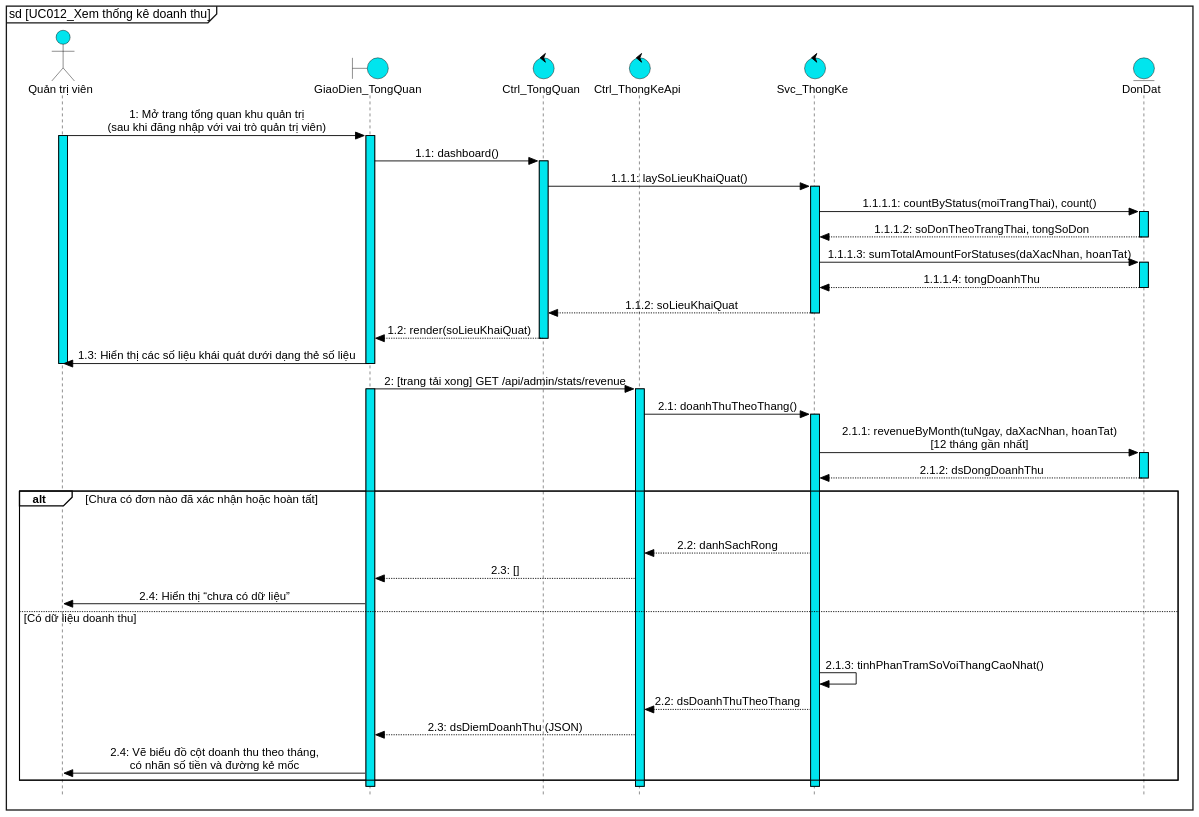
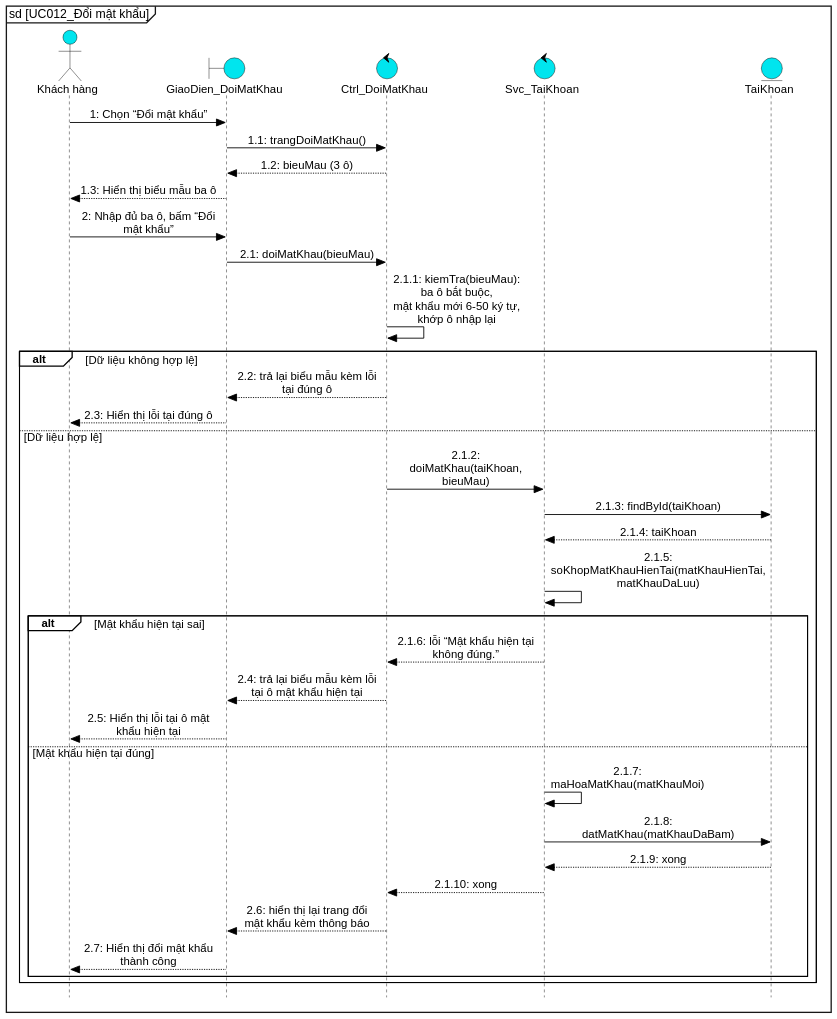
The diagram in docs/report/diagrams/src/UC012_sequence.puml (kanele05/project_www), drawn with PlantUML before and after one commit. The commit also changed 104 other files, not shown here.

First line of the commit message:
Sắp xếp lại use case theo biểu đồ tổng quát: đánh số lại UC001–UC021, gộp quản lý danh mục, cập nhật đặc tả và sơ đồ

```diff
--- a/docs/report/diagrams/src/UC012_sequence.puml
+++ b/docs/report/diagrams/src/UC012_sequence.puml
@@ -1,93 +1,76 @@
 @startuml UC012_sequence
 skinparam dpi 140
 skinparam defaultFontName "Liberation Sans"
 skinparam defaultFontSize 13
 skinparam backgroundColor white
 skinparam shadowing false
 skinparam style strictuml
 hide footbox
-skinparam maxMessageSize 420
+skinparam maxMessageSize 160
 skinparam sequenceMessageAlign center
 skinparam responseMessageBelowArrow false
 skinparam ArrowColor black
-skinparam ParticipantPadding 90
+skinparam ParticipantPadding 12
 skinparam BoxPadding 6
 skinparam sequence {
   ArrowColor black
   LifeLineBorderColor black
   LifeLineBackgroundColor #00E5EE
   ParticipantBackgroundColor #00E5EE
   ParticipantBorderColor black
   ActorBackgroundColor #00E5EE
   ActorBorderColor black
   GroupBorderColor black
   GroupBackgroundColor white
   GroupHeaderFontStyle bold
   GroupFontStyle plain
   GroupBorderThickness 1.2
 }
 skinparam note {
   BackgroundColor transparent
   BorderColor transparent
   FontColor transparent
 }
 skinparam BoundaryBackgroundColor #00E5EE
 skinparam BoundaryBorderColor black
 skinparam ControlBackgroundColor #00E5EE
 skinparam ControlBorderColor black
 skinparam EntityBackgroundColor #00E5EE
 skinparam EntityBorderColor black
 skinparam ActorBackgroundColor #00E5EE
 skinparam ActorBorderColor black
-mainframe sd [UC012_Xem thống kê doanh thu]
-actor "Quản trị viên" as ad
-boundary "GiaoDien_TongQuan" as ui
-control "Ctrl_TongQuan" as ctrl
-control "Ctrl_ThongKeApi" as api
-control "Svc_ThongKe" as svc
-entity "DonDat" as don
-
-ad -> ui : 1: Mở trang tổng quan khu quản trị\n(sau khi đăng nhập với vai trò quản trị viên)
-activate ad #00E5EE
-activate ui #00E5EE
-ui -> ctrl : 1.1: dashboard()
-activate ctrl #00E5EE
-ctrl -> svc : 1.1.1: laySoLieuKhaiQuat()
-activate svc #00E5EE
-svc -> don : 1.1.1.1: countByStatus(moiTrangThai), count()
-activate don #00E5EE
-return 1.1.1.2: soDonTheoTrangThai, tongSoDon
-svc -> don : 1.1.1.3: sumTotalAmountForStatuses(daXacNhan, hoanTat)
-activate don #00E5EE
-return 1.1.1.4: tongDoanhThu
-return 1.1.2: soLieuKhaiQuat
-ctrl --> ui : 1.2: render(soLieuKhaiQuat)
-deactivate ctrl
-ui -> ad : 1.3: Hiển thị các số liệu khái quát dưới dạng thẻ số liệu
-deactivate ui
-deactivate ad
-
-ui -> api : 2: [trang tải xong] GET /api/admin/stats/revenue
-activate ui #00E5EE
-activate api #00E5EE
-api -> svc : 2.1: doanhThuTheoThang()
-activate svc #00E5EE
-svc -> don : 2.1.1: revenueByMonth(tuNgay, daXacNhan, hoanTat)\n[12 tháng gần nhất]
-activate don #00E5EE
-return 2.1.2: dsDongDoanhThu
-alt Chưa có đơn nào đã xác nhận hoặc hoàn tất
-  hnote over ad, don : .
-  svc --> api : 2.2: danhSachRong
-  api --> ui : 2.3: []
-  ui -> ad : 2.4: Hiển thị “chưa có dữ liệu”
-else Có dữ liệu doanh thu
-  hnote over ad, don : .
-  svc -> svc : 2.1.3: tinhPhanTramSoVoiThangCaoNhat()
-  svc --> api : 2.2: dsDoanhThuTheoThang
-  api --> ui : 2.3: dsDiemDoanhThu (JSON)
-  ui -> ad : 2.4: Vẽ biểu đồ cột doanh thu theo tháng,\ncó nhãn số tiền và đường kẻ mốc
+mainframe sd [UC012_Đổi mật khẩu]
+actor "Khách hàng" as kh
+boundary "GiaoDien_DoiMatKhau" as ui
+control "Ctrl_DoiMatKhau" as ctrl
+control "Svc_TaiKhoan" as svc
+entity "TaiKhoan" as tk
+kh -> ui : 1: Chọn “Đổi mật khẩu”
+ui -> ctrl : 1.1: trangDoiMatKhau()
+ctrl --> ui : 1.2: bieuMau (3 ô)
+ui --> kh : 1.3: Hiển thị biểu mẫu ba ô
+kh -> ui : 2: Nhập đủ ba ô, bấm “Đổi mật khẩu”
+ui -> ctrl : 2.1: doiMatKhau(bieuMau)
+ctrl -> ctrl : 2.1.1: kiemTra(bieuMau): ba ô bắt buộc,\nmật khẩu mới 6-50 ký tự, khớp ô nhập lại
+alt Dữ liệu không hợp lệ
+  ctrl --> ui : 2.2: trả lại biểu mẫu kèm lỗi tại đúng ô
+  ui --> kh : 2.3: Hiển thị lỗi tại đúng ô
+else Dữ liệu hợp lệ
+  ctrl -> svc : 2.1.2: doiMatKhau(taiKhoan, bieuMau)
+  svc -> tk : 2.1.3: findById(taiKhoan)
+  tk --> svc : 2.1.4: taiKhoan
+  svc -> svc : 2.1.5: soKhopMatKhauHienTai(matKhauHienTai, matKhauDaLuu)
+  alt Mật khẩu hiện tại sai
+    svc --> ctrl : 2.1.6: lỗi “Mật khẩu hiện tại không đúng.”
+    ctrl --> ui : 2.4: trả lại biểu mẫu kèm lỗi tại ô mật khẩu hiện tại
+    ui --> kh : 2.5: Hiển thị lỗi tại ô mật khẩu hiện tại
+  else Mật khẩu hiện tại đúng
+    svc -> svc : 2.1.7: maHoaMatKhau(matKhauMoi)
+    svc -> tk : 2.1.8: datMatKhau(matKhauDaBam)
+    tk --> svc : 2.1.9: xong
+    svc --> ctrl : 2.1.10: xong
+    ctrl --> ui : 2.6: hiển thị lại trang đổi mật khẩu kèm thông báo
+    ui --> kh : 2.7: Hiển thị đổi mật khẩu thành công
+  end
 end
-deactivate svc
-deactivate api
-deactivate ui
 @enduml
```
